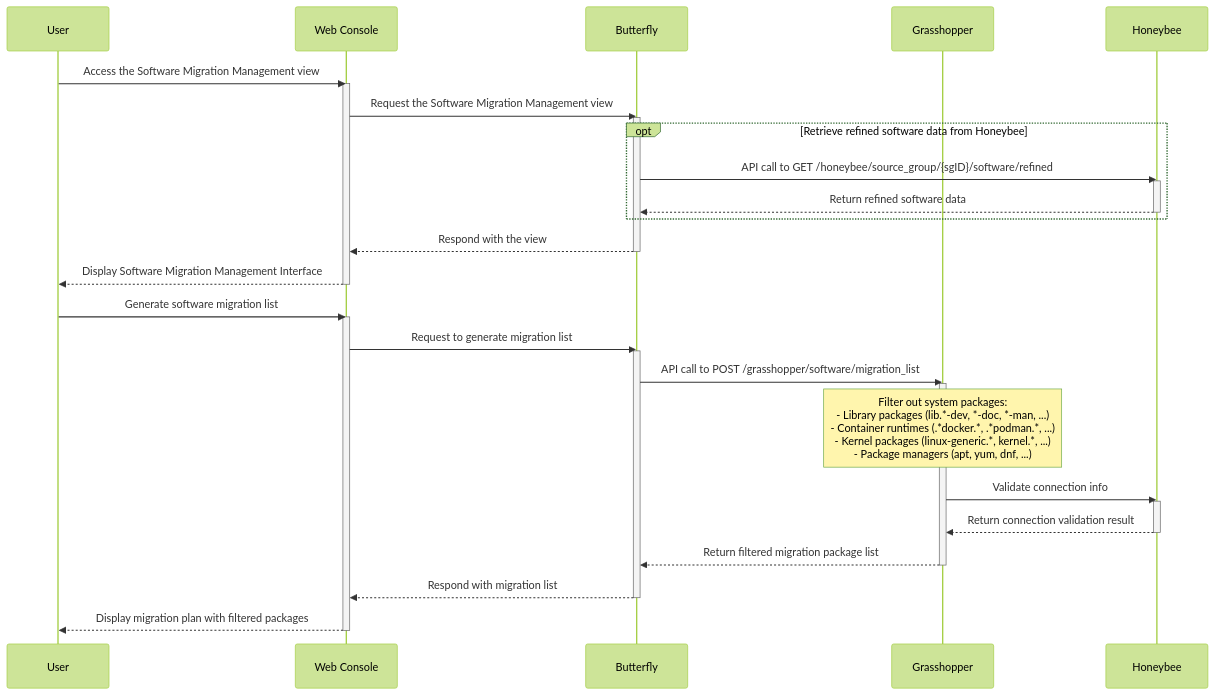
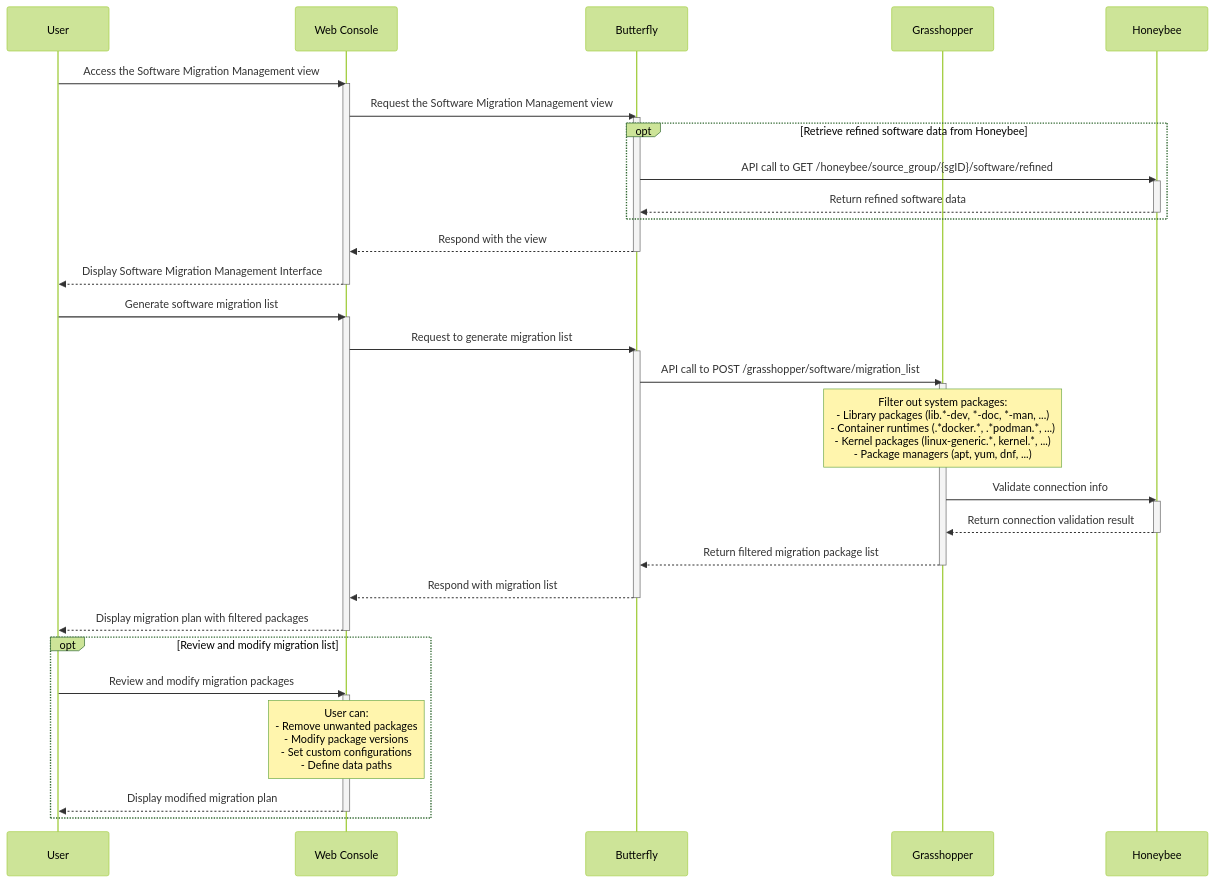
The fourth of 6 diagrams in docs/02-user-scenario-for-software-migration.md (cloud-barista/cloud-migrator), drawn with Mermaid (forest theme) before and after one commit. The commit also changed other lines of this file, not shown here.

````diff
--- a/docs/02-user-scenario-for-software-migration.md
+++ b/docs/02-user-scenario-for-software-migration.md
@@ -215,43 +215,52 @@
 ```mermaid
 sequenceDiagram
     participant User as User
     participant Browser as Web Console
     participant Butterfly as Butterfly
     participant Grasshopper as Grasshopper
     participant Honeybee as Honeybee
 
     %% Step 0: User accesses Software Migration Management View
     User->>Browser: Access the Software Migration Management view
     activate Browser
     Browser->>Butterfly: Request the Software Migration Management view
     activate Butterfly
     opt Retrieve refined software data from Honeybee
         Butterfly->>Honeybee: API call to GET /honeybee/source_group/{sgID}/software/refined
         activate Honeybee
         Honeybee-->>Butterfly: Return refined software data
         deactivate Honeybee
     end
     Butterfly-->>Browser: Respond with the view
     deactivate Butterfly
     Browser-->>User: Display Software Migration Management Interface
     deactivate Browser
 
     %% Step 1: Generate Migration List
     User->>Browser: Generate software migration list
     activate Browser
     Browser->>Butterfly: Request to generate migration list
     activate Butterfly
     Butterfly->>Grasshopper: API call to POST /grasshopper/software/migration_list
     activate Grasshopper
     Note over Grasshopper: Filter out system packages:<br/>- Library packages (lib.*-dev, *-doc, *-man, ...)<br/>- Container runtimes (.*docker.*, .*podman.*, ...)<br/>- Kernel packages (linux-generic.*, kernel.*, ...)<br/>- Package managers (apt, yum, dnf, ...)
     Grasshopper->>Honeybee: Validate connection info
     activate Honeybee
     Honeybee-->>Grasshopper: Return connection validation result
     deactivate Honeybee
     Grasshopper-->>Butterfly: Return filtered migration package list
     deactivate Grasshopper
     Butterfly-->>Browser: Respond with migration list
     deactivate Butterfly
     Browser-->>User: Display migration plan with filtered packages
     deactivate Browser
+
+    %% Step 2: Review and Modify Migration List
+    opt Review and modify migration list
+        User->>Browser: Review and modify migration packages
+        activate Browser
+        Note over Browser: User can:<br/>- Remove unwanted packages<br/>- Modify package versions<br/>- Set custom configurations<br/>- Define data paths
+        Browser-->>User: Display modified migration plan
+        deactivate Browser
+    end
 ```
````
